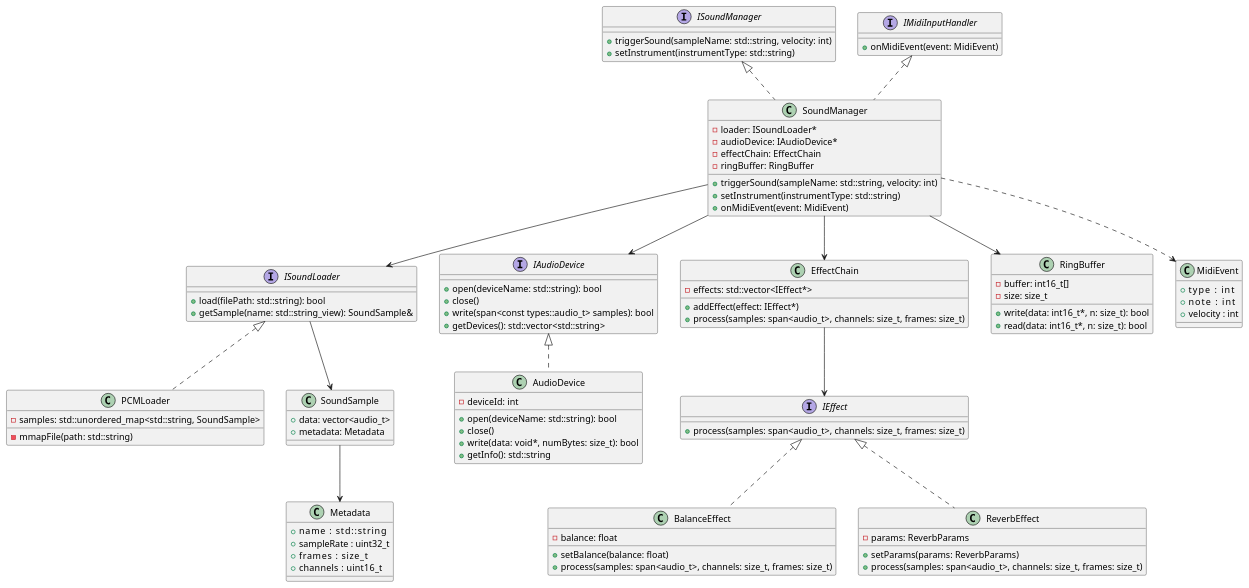
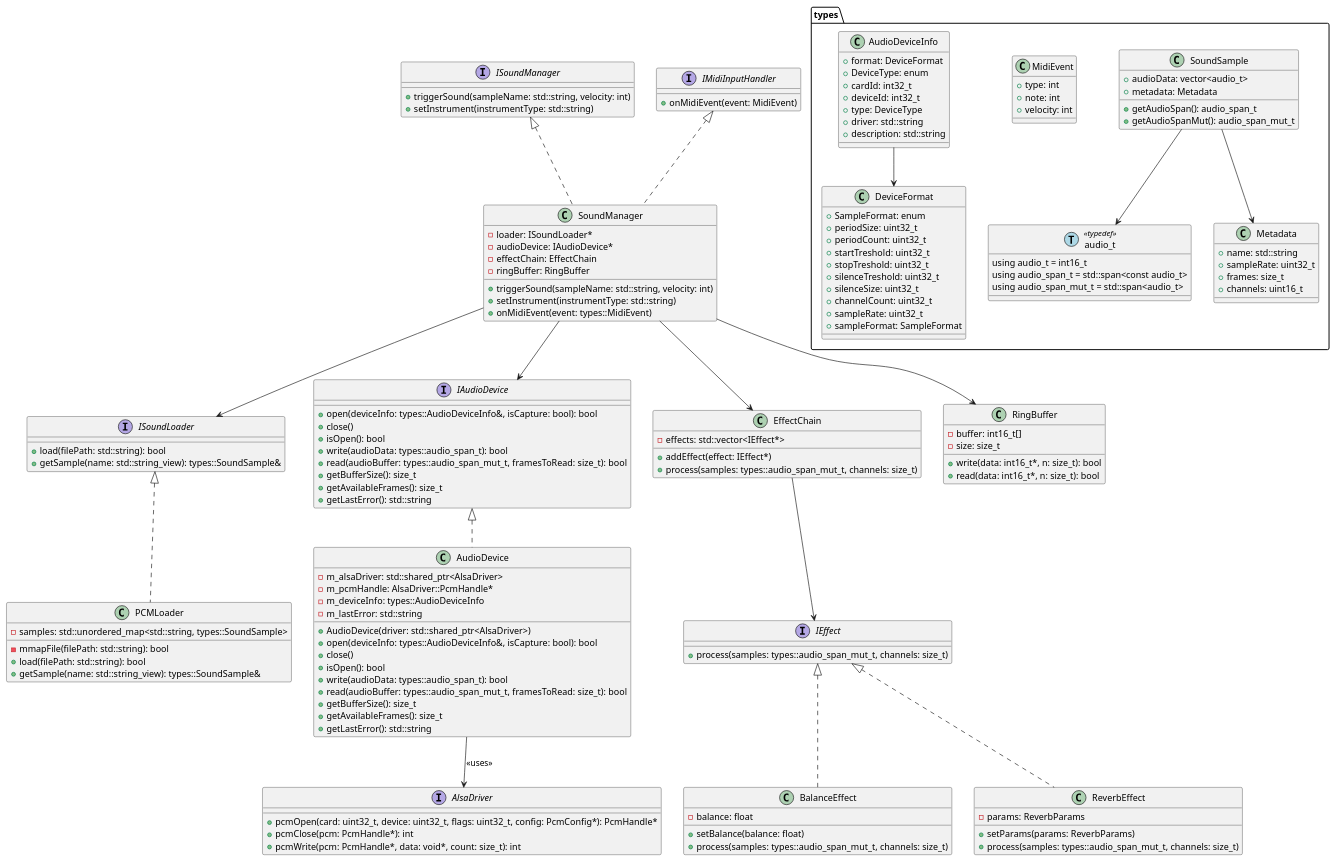
The diagram in architecture.puml (kaan0/RpiSound), drawn with PlantUML before and after one commit. The commit also changed 137 other files, not shown here.

```diff
--- a/architecture.puml
+++ b/architecture.puml
@@ -1,104 +1,161 @@
 @startuml
 ' ====== Interfaces ======
 interface ISoundLoader {
     +load(filePath: std::string): bool
-    +getSample(name: std::string_view): SoundSample&
+    +getSample(name: std::string_view): types::SoundSample&
 }
 
 interface ISoundManager {
     +triggerSound(sampleName: std::string, velocity: int)
     +setInstrument(instrumentType: std::string)
 }
 
 interface IAudioDevice {
-    +open(deviceName: std::string): bool
+    +open(deviceInfo: types::AudioDeviceInfo&, isCapture: bool): bool
     +close()
-    +write(span<const types::audio_t> samples): bool
-    +getDevices(): std::vector<std::string>
+    +isOpen(): bool
+    +write(audioData: types::audio_span_t): bool
+    +read(audioBuffer: types::audio_span_mut_t, framesToRead: size_t): bool
+    +getBufferSize(): size_t
+    +getAvailableFrames(): size_t
+    +getLastError(): std::string
+}
+
+interface AlsaDriver {
+    +pcmOpen(card: uint32_t, device: uint32_t, flags: uint32_t, config: PcmConfig*): PcmHandle*
+    +pcmClose(pcm: PcmHandle*): int
+    +pcmWrite(pcm: PcmHandle*, data: void*, count: size_t): int
 }
 
 interface IMidiInputHandler {
     +onMidiEvent(event: MidiEvent)
 }
 
 interface IEffect {
-    +process(samples: span<audio_t>, channels: size_t, frames: size_t)
+    +process(samples: types::audio_span_mut_t, channels: size_t)
+}
+
+' ====== Types Namespace ======
+namespace types {
+    ' Type aliases
+    class "audio_t" as audio_t << (T,lightblue) typedef >> {
+        using audio_t = int16_t
+        using audio_span_t = std::span<const audio_t>
+        using audio_span_mut_t = std::span<audio_t>
+    }
+    
+    class SoundSample {
+        +audioData: vector<audio_t>
+        +metadata: Metadata
+        +getAudioSpan(): audio_span_t
+        +getAudioSpanMut(): audio_span_mut_t
+    }
+
+    class Metadata {
+        +name: std::string
+        +sampleRate: uint32_t
+        +frames: size_t
+        +channels: uint16_t
+    }
+
+    class MidiEvent {
+        +type: int
+        +note: int
+        +velocity: int
+    }
+
+    class DeviceFormat {
+        +SampleFormat: enum
+        +periodSize: uint32_t
+        +periodCount: uint32_t
+        +startTreshold: uint32_t
+        +stopTreshold: uint32_t
+        +silenceTreshold: uint32_t
+        +silenceSize: uint32_t
+        +channelCount: uint32_t
+        +sampleRate: uint32_t
+        +sampleFormat: SampleFormat
+    }
+
+    class AudioDeviceInfo {
+        +format: DeviceFormat
+        +DeviceType: enum
+        +cardId: int32_t
+        +deviceId: int32_t
+        +type: DeviceType
+        +driver: std::string
+        +description: std::string
+    }
+
+    SoundSample --> audio_t
+    SoundSample --> Metadata
+    AudioDeviceInfo --> DeviceFormat
 }
 
 ' ====== Concrete Classes ======
 class PCMLoader implements ISoundLoader {
-    -mmapFile(path: std::string)
-    -samples: std::unordered_map<std::string, SoundSample>
-}
-
-class SoundSample {
-    +data: vector<audio_t>
-    +metadata: Metadata
+    -mmapFile(filePath: std::string): bool
+    -samples: std::unordered_map<std::string, types::SoundSample>
+    +load(filePath: std::string): bool
+    +getSample(name: std::string_view): types::SoundSample&
 }
 
 class SoundManager implements ISoundManager, IMidiInputHandler {
     -loader: ISoundLoader*
     -audioDevice: IAudioDevice*
     -effectChain: EffectChain
     -ringBuffer: RingBuffer
     +triggerSound(sampleName: std::string, velocity: int)
     +setInstrument(instrumentType: std::string)
-    +onMidiEvent(event: MidiEvent)
+    +onMidiEvent(event: types::MidiEvent)
 }
 
 class AudioDevice implements IAudioDevice {
-    -deviceId: int
-    +open(deviceName: std::string): bool
+    -m_alsaDriver: std::shared_ptr<AlsaDriver>
+    -m_pcmHandle: AlsaDriver::PcmHandle*
+    -m_deviceInfo: types::AudioDeviceInfo
+    -m_lastError: std::string
+    +AudioDevice(driver: std::shared_ptr<AlsaDriver>)
+    +open(deviceInfo: types::AudioDeviceInfo&, isCapture: bool): bool
     +close()
-    +write(data: void*, numBytes: size_t): bool
-    +getInfo(): std::string
+    +isOpen(): bool
+    +write(audioData: types::audio_span_t): bool
+    +read(audioBuffer: types::audio_span_mut_t, framesToRead: size_t): bool
+    +getBufferSize(): size_t
+    +getAvailableFrames(): size_t
+    +getLastError(): std::string
 }
 
 class EffectChain {
     -effects: std::vector<IEffect*>
     +addEffect(effect: IEffect*)
-    +process(samples: span<audio_t>, channels: size_t, frames: size_t)
+    +process(samples: types::audio_span_mut_t, channels: size_t)
 }
 
 class BalanceEffect implements IEffect {
     -balance: float
     +setBalance(balance: float)
-    +process(samples: span<audio_t>, channels: size_t, frames: size_t)
+    +process(samples: types::audio_span_mut_t, channels: size_t)
 }
 
 class ReverbEffect implements IEffect {
     -params: ReverbParams
     +setParams(params: ReverbParams)
-    +process(samples: span<audio_t>, channels: size_t, frames: size_t)
+    +process(samples: types::audio_span_mut_t, channels: size_t)
 }
 
 class RingBuffer {
     -buffer: int16_t[]
     -size: size_t
     +write(data: int16_t*, n: size_t): bool
     +read(data: int16_t*, n: size_t): bool
 }
 
-class Metadata {
-    +name       : std::string
-    +sampleRate : uint32_t
-    +frames     : size_t
-    +channels   : uint16_t
-}
-
-class MidiEvent {
-    +type     : int
-    +note     : int
-    +velocity : int
-}
-
 ' ====== Relationships ======
 SoundManager --> ISoundLoader
 SoundManager --> IAudioDevice
 SoundManager --> EffectChain
 SoundManager --> RingBuffer
 EffectChain --> IEffect
-ISoundLoader --> SoundSample
-SoundSample --> Metadata
-SoundManager ..> MidiEvent
+AudioDevice --> AlsaDriver : <<uses>>
 @enduml
```
